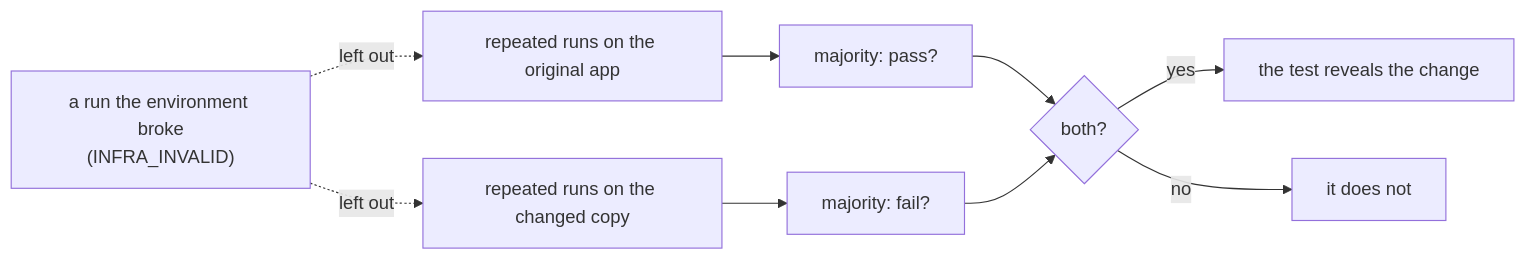
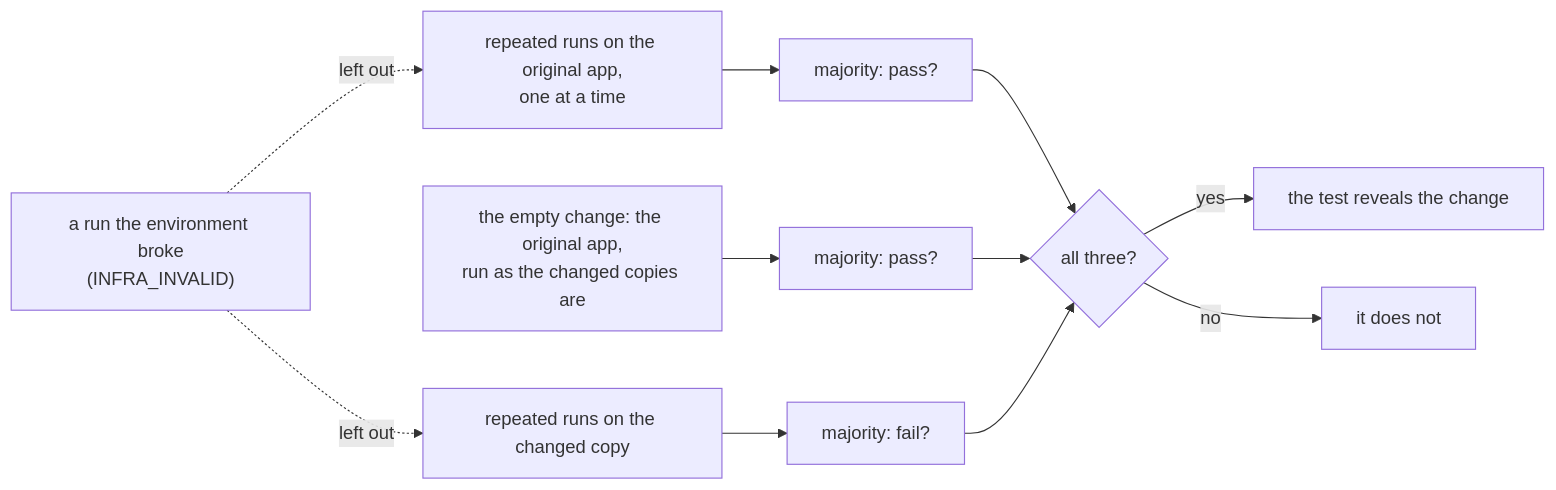
One commit to unibuc-cs/TestingTheAgents changed the second of 3 diagrams in trace-eval/docs/RESEARCH_PLAN.md. Above: the diagram before and after it, drawn with Mermaid. The commit also changed other lines of this file and 56 other files, not shown here.

````diff
--- a/trace-eval/docs/RESEARCH_PLAN.md
+++ b/trace-eval/docs/RESEARCH_PLAN.md
@@ -172,11 +193,13 @@
 ```mermaid
 flowchart LR
-    B["repeated runs on the original app"] --> PB["majority: pass?"]
+    B["repeated runs on the original app,<br/>one at a time"] --> PB["majority: pass?"]
+    U["the empty change: the original app,<br/>run as the changed copies are"] --> PU["majority: pass?"]
     V["repeated runs on the changed copy"] --> PV["majority: fail?"]
-    PB --> AND{"both?"}
+    PB --> AND{"all three?"}
+    PU --> AND
     PV --> AND
     AND -->|"yes"| REV["the test reveals the change"]
     AND -->|"no"| NO["it does not"]
     I["a run the environment broke<br/>(INFRA_INVALID)"] -.->|"left out"| B
     I -.->|"left out"| V
 ```
````
